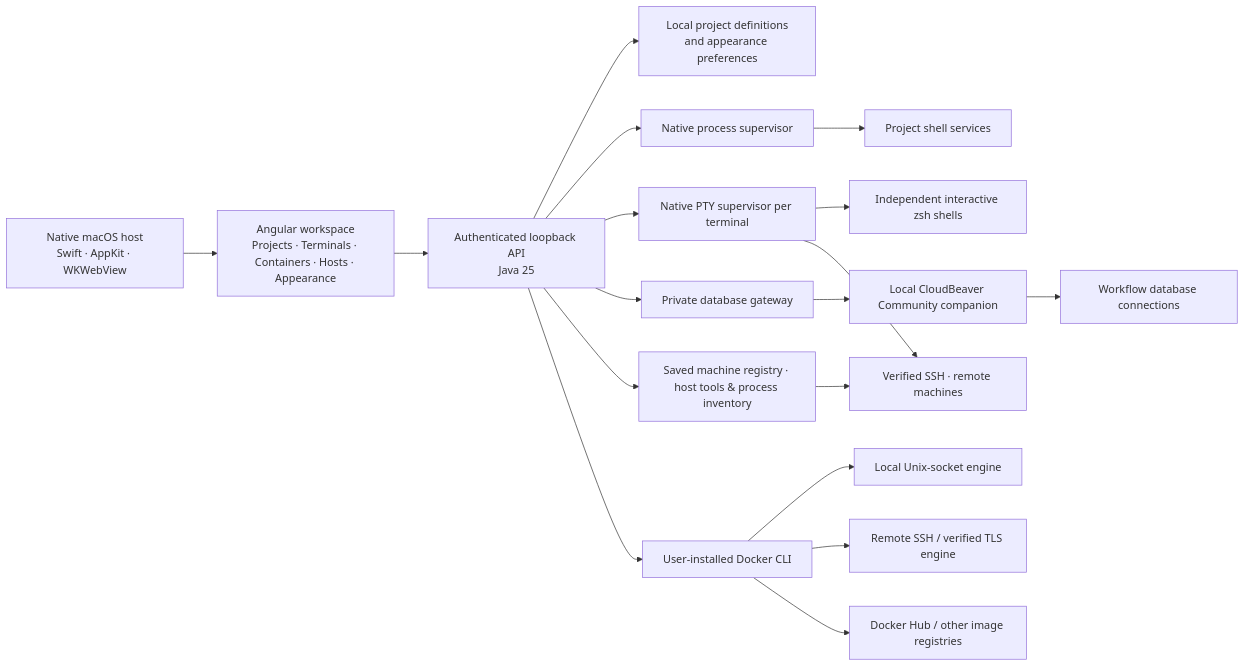
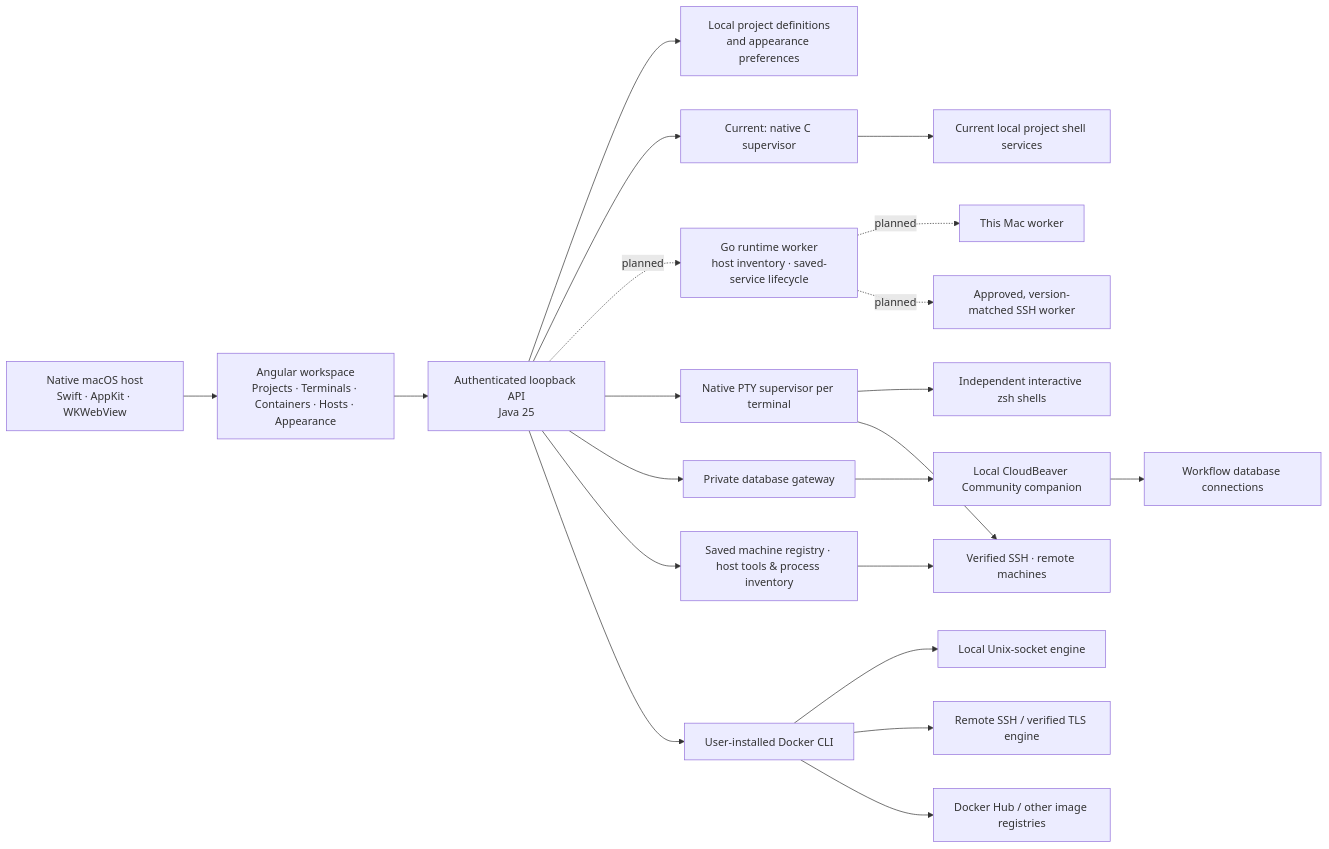
The diagram in README.md (L8TESTPR0JECTS/RuntimeBay), drawn with Mermaid before and after one commit. The commit also changed other lines of this file and 6 other files, not shown here.

Commit message:
docs: formalize Java and Go runtime architecture

````diff
--- a/README.md
+++ b/README.md
@@ -84,20 +85,23 @@
 ```mermaid
 flowchart LR
   Mac["Native macOS host<br/>Swift · AppKit · WKWebView"] --> UI["Angular workspace<br/>Projects · Terminals · Containers · Hosts · Appearance"]
   UI --> API["Authenticated loopback API<br/>Java 25"]
   API --> Store["Local project definitions<br/>and appearance preferences"]
-  API --> Supervisor["Native process supervisor"]
-  Supervisor --> Services["Project shell services"]
+  API --> Supervisor["Current: native C supervisor"]
+  Supervisor --> Services["Current local project shell services"]
+  API -. planned .-> Worker["Go runtime worker<br/>host inventory · saved-service lifecycle"]
+  Worker -. planned .-> LocalWorker["This Mac worker"]
+  Worker -. planned .-> RemoteWorker["Approved, version-matched SSH worker"]
   API --> PTY["Native PTY supervisor per terminal"]
   PTY --> Shells["Independent interactive zsh shells"]
   API --> Database["Private database gateway"]
   Database --> CloudBeaver["Local CloudBeaver Community companion"]
   CloudBeaver --> DB["Workflow database connections"]
   API --> Machines["Saved machine registry · host tools & process inventory"]
   Machines --> SSH["Verified SSH · remote machines"]
   PTY --> SSH
   API --> Docker["User-installed Docker CLI"]
   Docker --> Local["Local Unix-socket engine"]
   Docker --> Remote["Remote SSH / verified TLS engine"]
   Docker --> Registry["Docker Hub / other image registries"]
 ```
````
